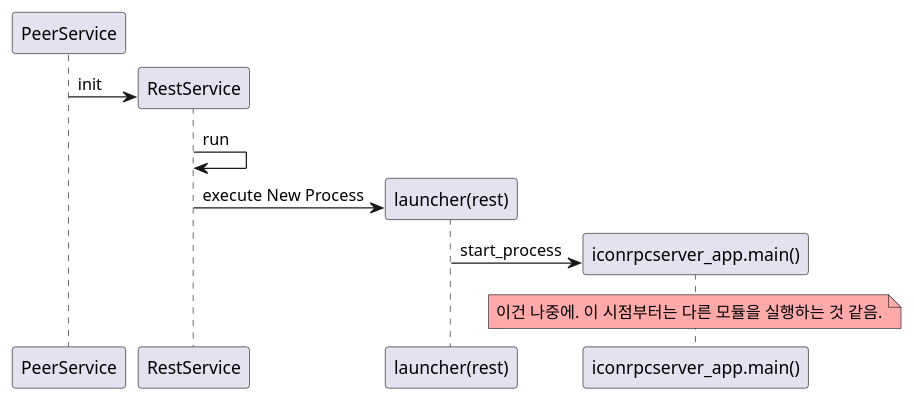
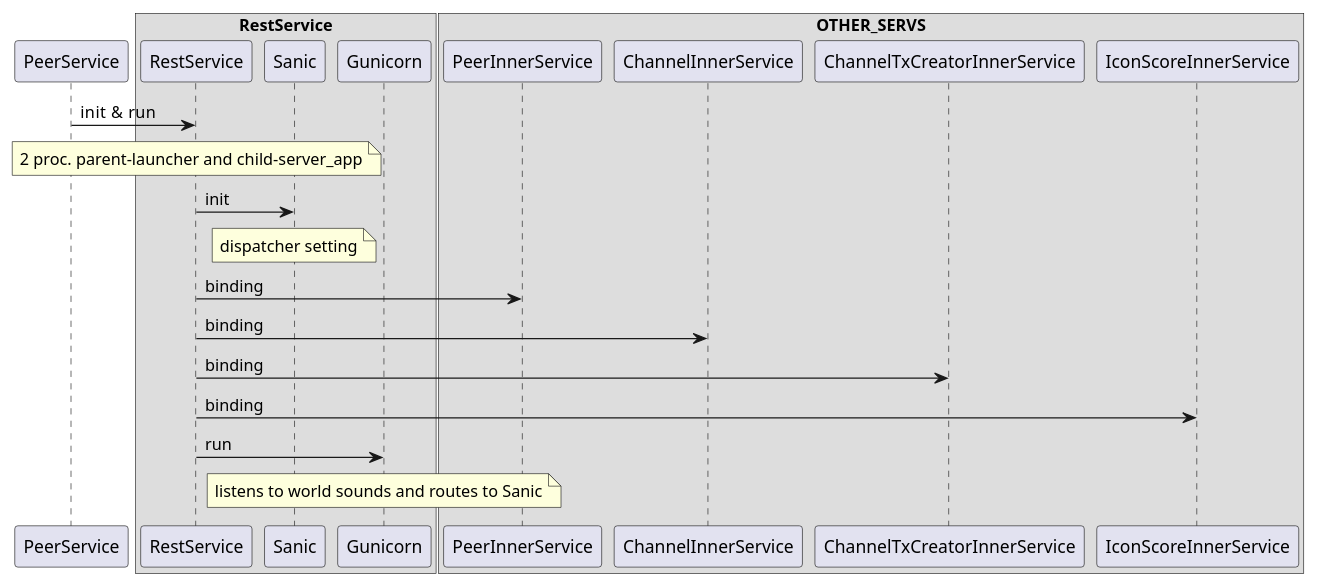
Before and after one commit to metalg0su/studies: the diagram in diagram-sequence/processes/rest/Rest-launcher.puml, drawn with PlantUML. The commit also changed other lines of this file, not shown here.

Commit message:
edit some features
 - analyse. not writting down all

```diff
--- a/diagram-sequence/processes/rest/Rest-launcher.puml
+++ b/diagram-sequence/processes/rest/Rest-launcher.puml
@@ -1,11 +38,32 @@
 @startuml
-create PeerService
-create RestService
-PeerService -> RestService: init
-RestService -> RestService: run
-create "launcher(rest)" #FFAAAA
-RestService -> "launcher(rest)": execute New Process
-create "iconrpcserver_app.main()"
-"launcher(rest)" -> "iconrpcserver_app.main()": start_process
-note over "iconrpcserver_app.main()" #FFAAAA: 이건 나중에. 이 시점부터는 다른 모듈을 실행하는 것 같음.
+participant PeerService
+participant RestService
+
+
+box "RestService"
+    participant RestService
+    participant Sanic 
+    participant Gunicorn
+end box
+
+box "OTHER_SERVS"
+    participant PeerInnerService
+    participant ChannelInnerService
+    participant ChannelTxCreatorInnerService
+    participant IconScoreInnerService
+end box
+
+PeerService -> RestService: init &  run
+note over RestService: 2 proc. parent-launcher and child-server_app
+RestService -> Sanic: init
+note over Sanic: dispatcher setting
+
+RestService -> PeerInnerService: binding 
+RestService -> ChannelInnerService: binding
+RestService -> ChannelTxCreatorInnerService: binding
+RestService -> IconScoreInnerService: binding
+
+RestService -> Gunicorn: run
+note over Gunicorn: listens to world sounds and routes to Sanic
+
 @enduml
```
